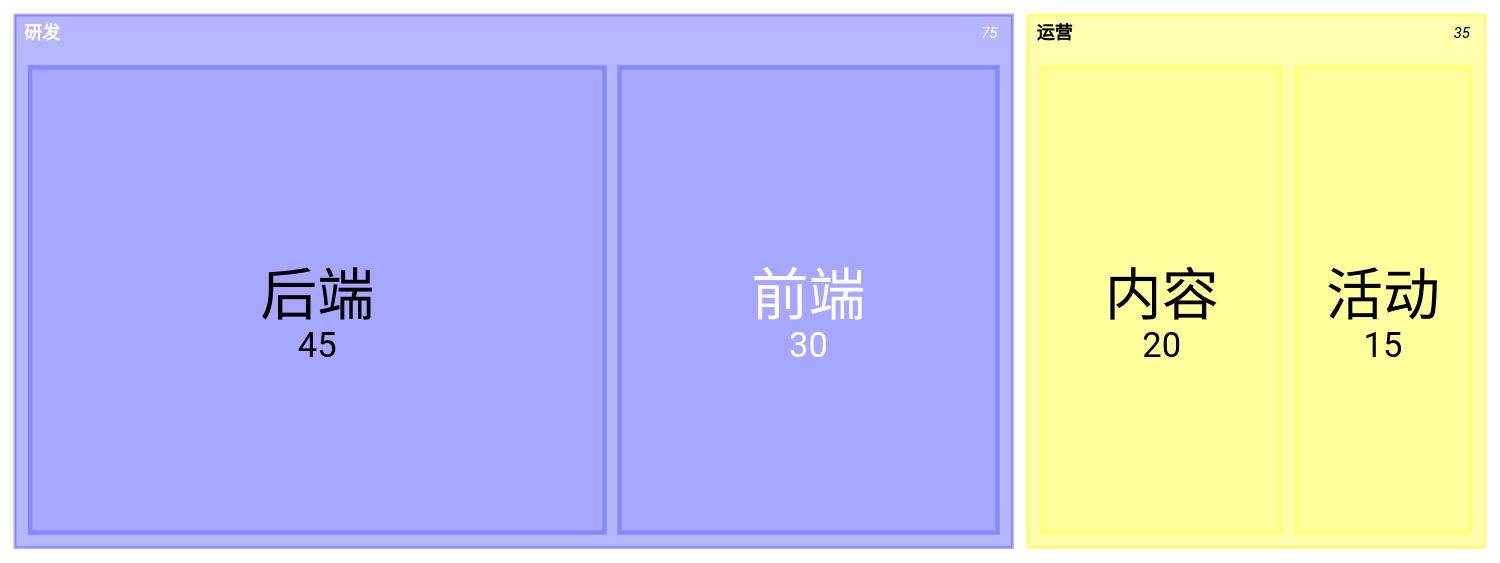
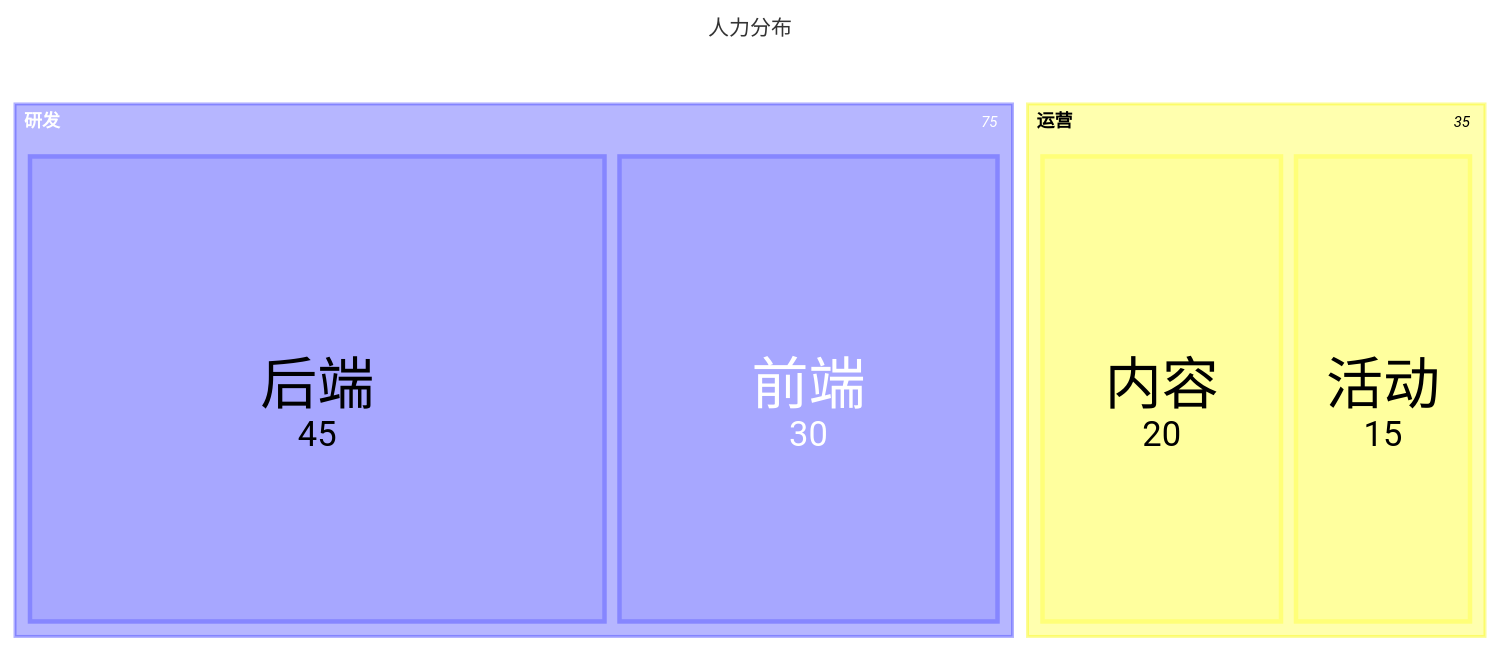
One commit to huang-hee/diagram-kit changed the seventh of 7 diagrams in references/types-data.md. Above: the diagram before and after it, drawn with Mermaid. The commit also changed other lines of this file and 248 other files, not shown here.

First line of the commit message:
feat: 示例按统一风格重做，补齐 42 张 drawio 整图示例，默认工具改为 drawio

````diff
--- a/references/types-data.md
+++ b/references/types-data.md
@@ -384,9 +387,12 @@
 ```mermaid
+---
+title: 人力分布
+---
 treemap-beta
 "研发"
     "前端": 30
     "后端": 45
 "运营"
     "内容": 20
     "活动": 15:::focus
 ```
````
